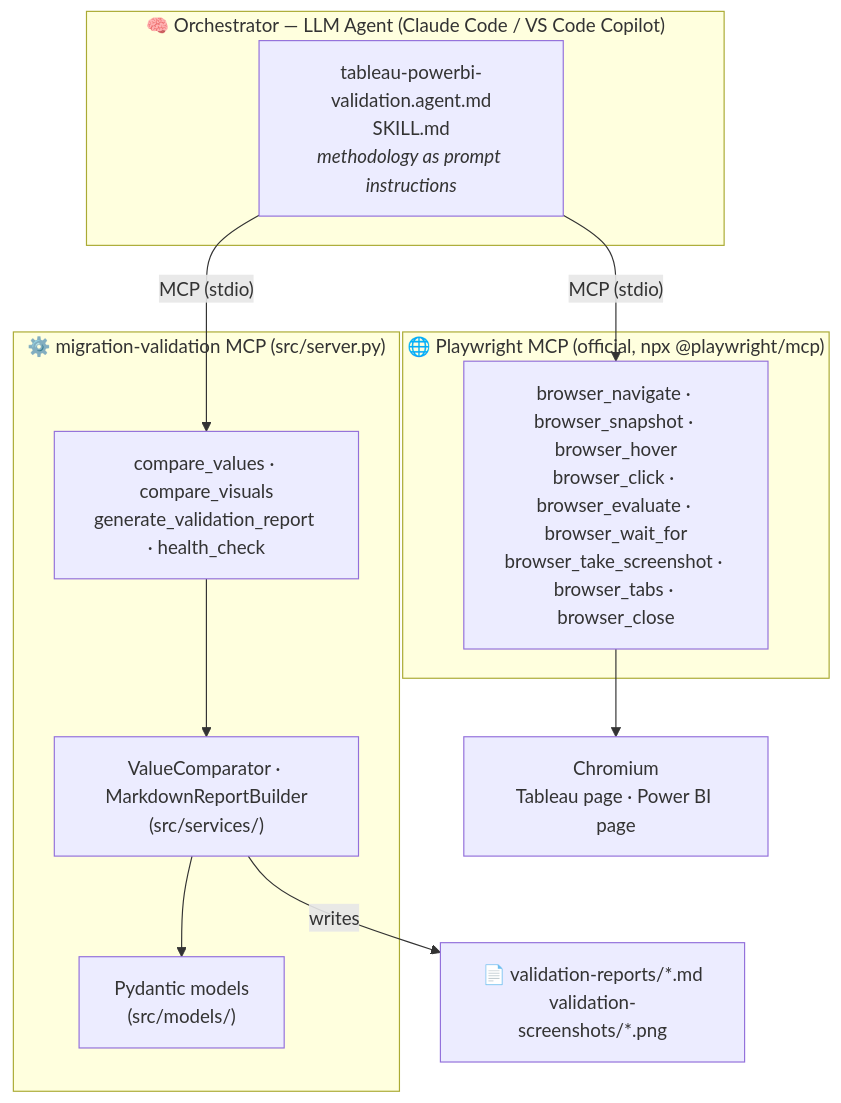
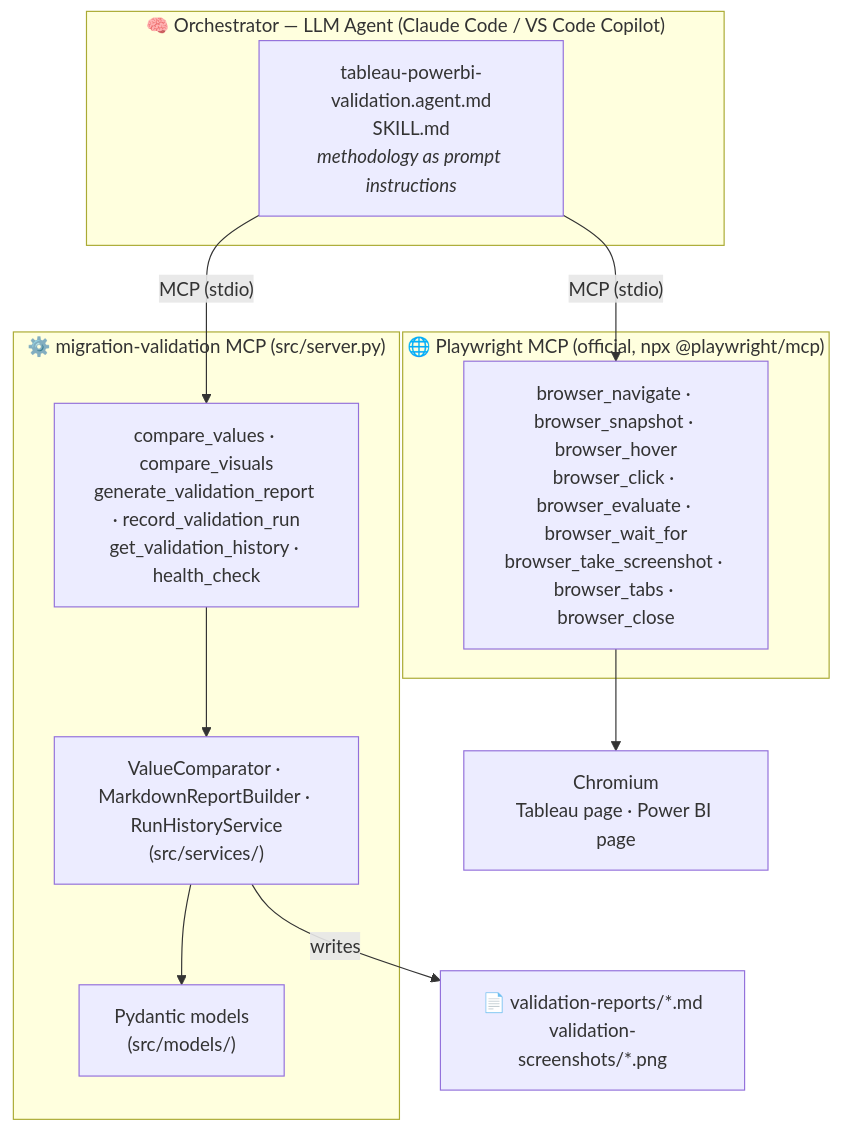
The first of 2 diagrams in migration-validation-mcp/ARCHITECTURE.md (tanveers-maqsoftware/migration-validation-agent), drawn with Mermaid before and after one commit. The commit also changed other lines of this file and 15 other files, not shown here.

First line of the commit message:
Close validation gaps: variance bands, filter/drill-through phases, run history

````diff
--- a/migration-validation-mcp/ARCHITECTURE.md
+++ b/migration-validation-mcp/ARCHITECTURE.md
@@ -17,25 +17,25 @@
 ```mermaid
 flowchart TB
     subgraph ORCH["🧠 Orchestrator — LLM Agent (Claude Code / VS Code Copilot)"]
         AGENT["tableau-powerbi-validation.agent.md<br/>SKILL.md<br/><i>methodology as prompt instructions</i>"]
     end
 
     subgraph PWMCP["🌐 Playwright MCP (official, npx @playwright/mcp)"]
         PWTOOLS["browser_navigate · browser_snapshot · browser_hover<br/>browser_click · browser_evaluate · browser_wait_for<br/>browser_take_screenshot · browser_tabs · browser_close"]
     end
 
     subgraph MCP["⚙️ migration-validation MCP (src/server.py)"]
-        TOOLS["compare_values · compare_visuals<br/>generate_validation_report · health_check"]
-        SVC["ValueComparator · MarkdownReportBuilder<br/>(src/services/)"]
+        TOOLS["compare_values · compare_visuals<br/>generate_validation_report · record_validation_run<br/>get_validation_history · health_check"]
+        SVC["ValueComparator · MarkdownReportBuilder · RunHistoryService<br/>(src/services/)"]
         MODELS["Pydantic models<br/>(src/models/)"]
     end
 
     BROWSER["Chromium<br/>Tableau page · Power BI page"]
     REPORT["📄 validation-reports/*.md<br/>validation-screenshots/*.png"]
 
     AGENT -- "MCP (stdio)" --> PWTOOLS
     AGENT -- "MCP (stdio)" --> TOOLS
     PWTOOLS --> BROWSER
     TOOLS --> SVC --> MODELS
     SVC -- writes --> REPORT
 ```
````
